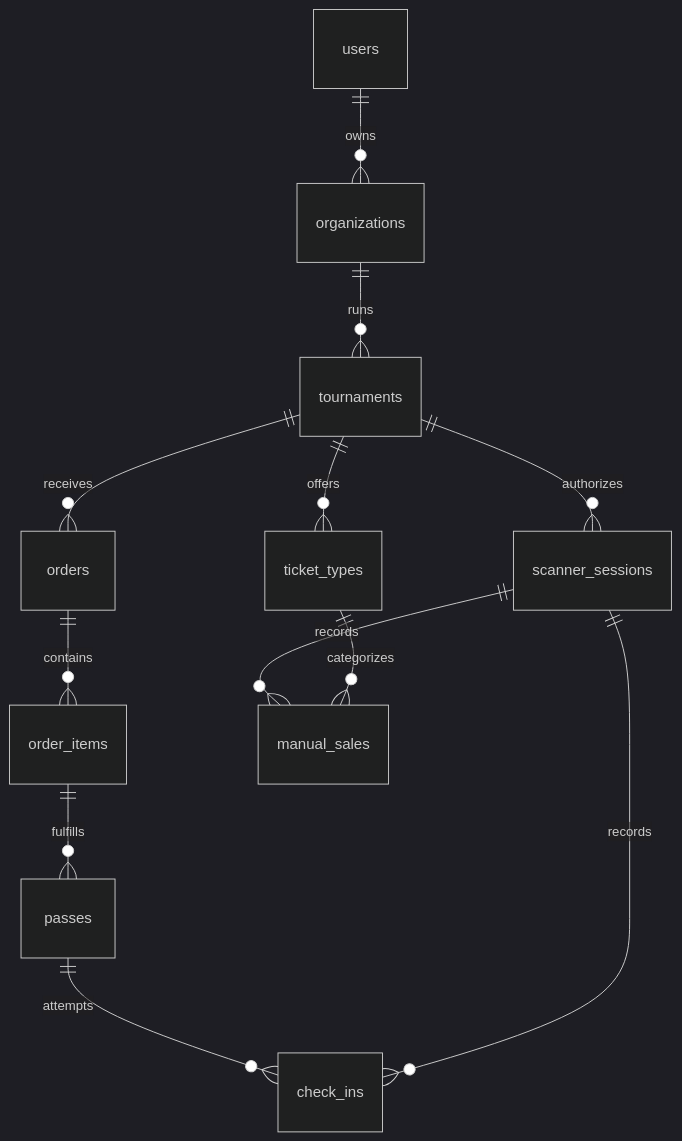
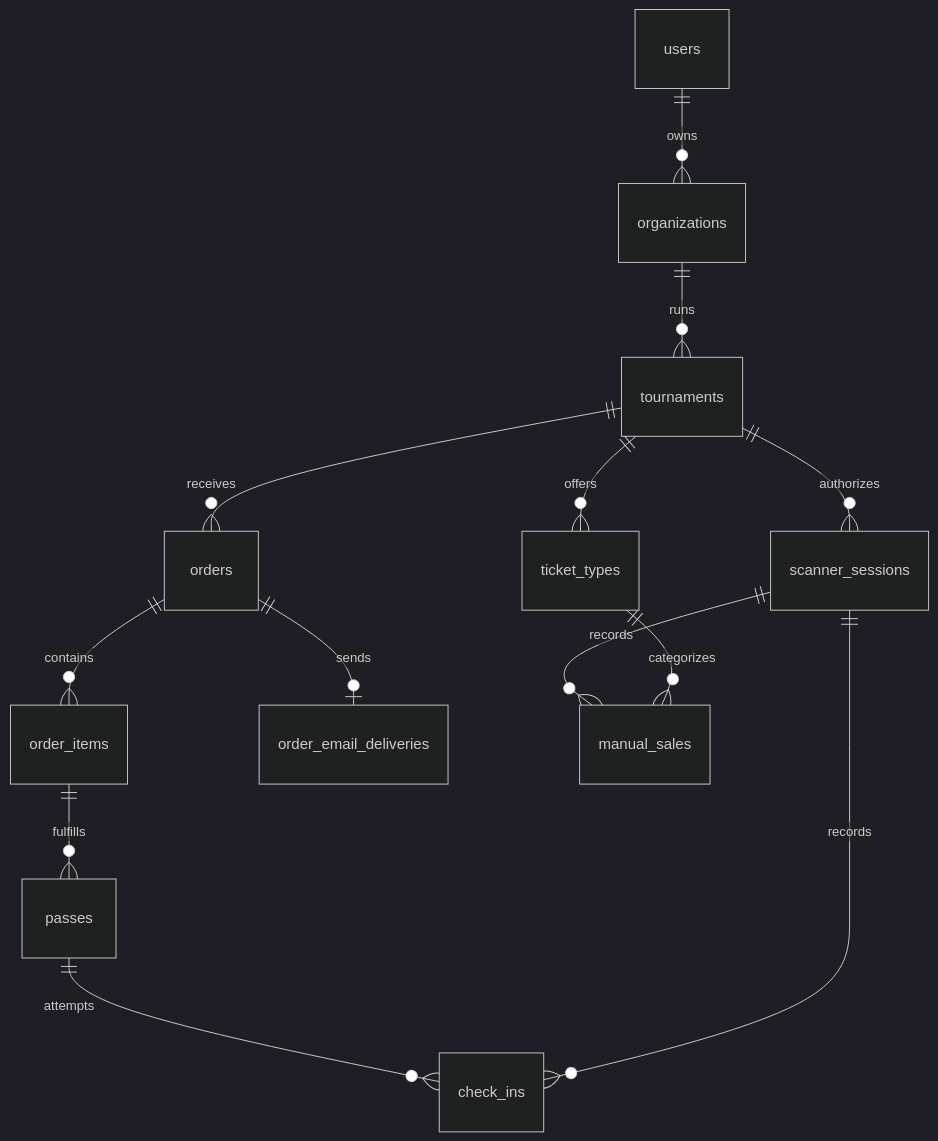
One commit to LukeShew/tournibase-web-app changed the diagram in docs/database-schema.md. Above: the diagram before and after it, drawn with Mermaid (dark theme). The commit also changed other lines of this file and 18 other files, not shown here.

````diff
--- a/docs/database-schema.md
+++ b/docs/database-schema.md
@@ -10,14 +10,15 @@
 ```mermaid
 erDiagram
   users ||--o{ organizations : owns
   organizations ||--o{ tournaments : runs
   tournaments ||--o{ ticket_types : offers
   tournaments ||--o{ orders : receives
   orders ||--o{ order_items : contains
+  orders ||--o| order_email_deliveries : sends
   order_items ||--o{ passes : fulfills
   tournaments ||--o{ scanner_sessions : authorizes
   passes ||--o{ check_ins : attempts
   scanner_sessions ||--o{ check_ins : records
   scanner_sessions ||--o{ manual_sales : records
   ticket_types ||--o{ manual_sales : categorizes
 ```
````
